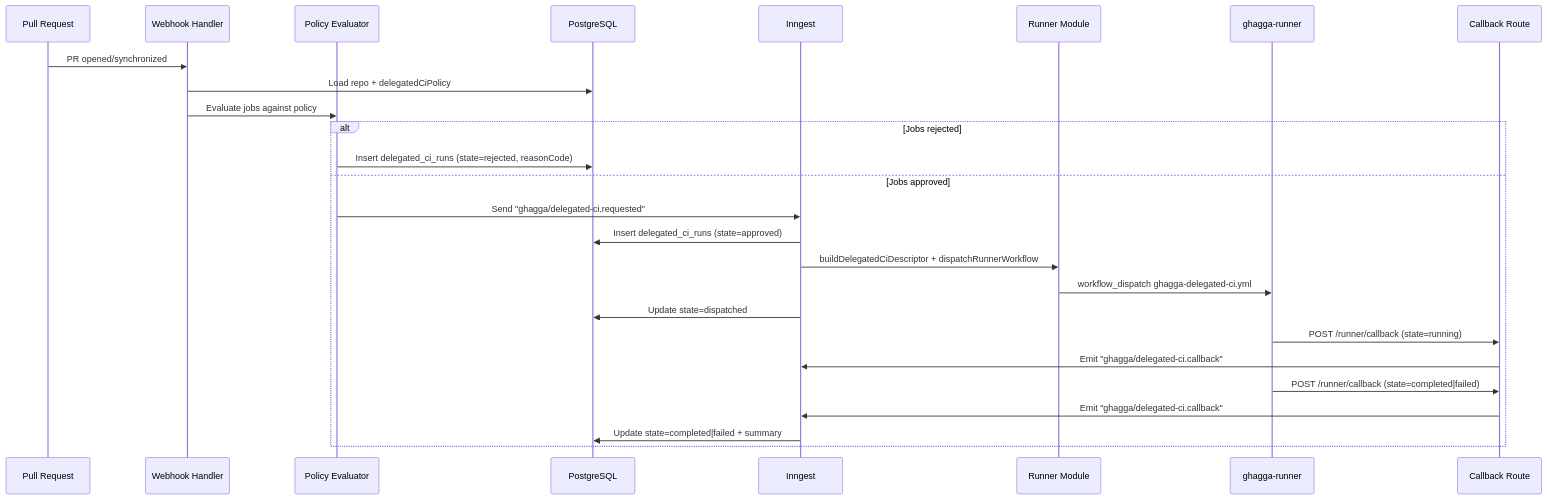
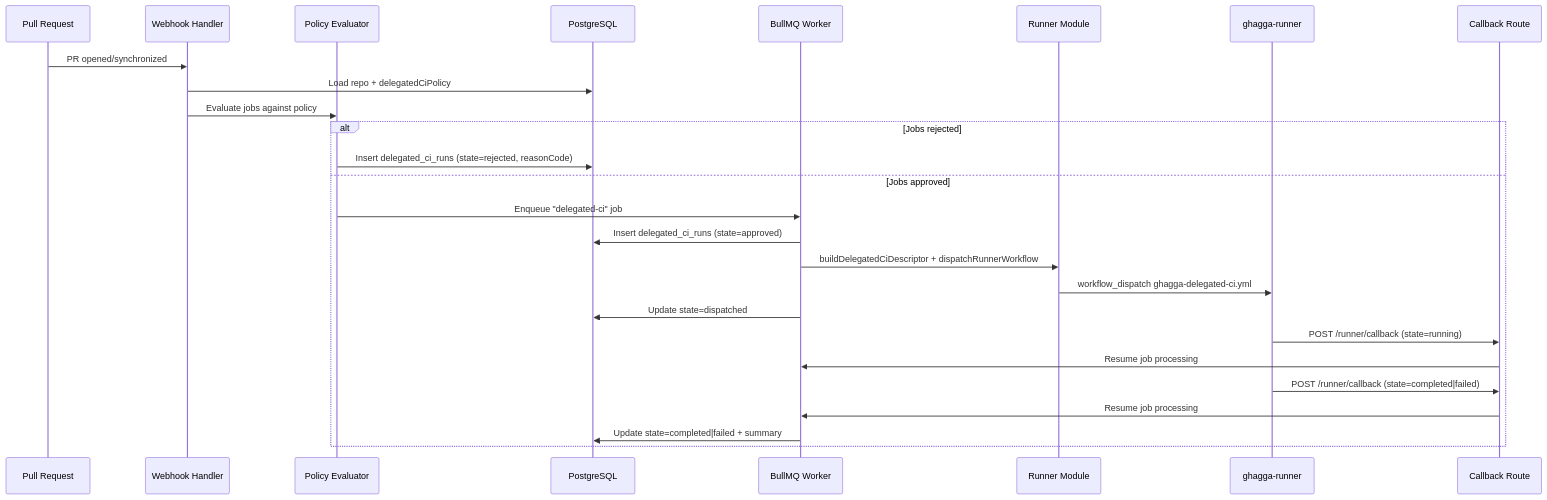
The second of 3 diagrams in docs/runner-architecture.md (JNZader/ghagga), drawn with Mermaid before and after one commit. The commit also changed other lines of this file and 26 other files, not shown here.

````diff
--- a/docs/runner-architecture.md
+++ b/docs/runner-architecture.md
@@ -163,30 +163,30 @@
 ```mermaid
 sequenceDiagram
     participant PR as Pull Request
     participant WH as Webhook Handler
     participant PE as Policy Evaluator
     participant DB as PostgreSQL
-    participant IG as Inngest
+    participant WK as BullMQ Worker
     participant RN as Runner Module
     participant GA as ghagga-runner
     participant CB as Callback Route
 
     PR->>WH: PR opened/synchronized
     WH->>DB: Load repo + delegatedCiPolicy
     WH->>PE: Evaluate jobs against policy
     
     alt Jobs rejected
         PE->>DB: Insert delegated_ci_runs (state=rejected, reasonCode)
     else Jobs approved
-        PE->>IG: Send "ghagga/delegated-ci.requested"
-        IG->>DB: Insert delegated_ci_runs (state=approved)
-        IG->>RN: buildDelegatedCiDescriptor + dispatchRunnerWorkflow
+        PE->>WK: Enqueue "delegated-ci" job
+        WK->>DB: Insert delegated_ci_runs (state=approved)
+        WK->>RN: buildDelegatedCiDescriptor + dispatchRunnerWorkflow
         RN->>GA: workflow_dispatch ghagga-delegated-ci.yml
-        IG->>DB: Update state=dispatched
+        WK->>DB: Update state=dispatched
         GA->>CB: POST /runner/callback (state=running)
-        CB->>IG: Emit "ghagga/delegated-ci.callback"
+        CB->>WK: Resume job processing
         GA->>CB: POST /runner/callback (state=completed|failed)
-        CB->>IG: Emit "ghagga/delegated-ci.callback"
-        IG->>DB: Update state=completed|failed + summary
+        CB->>WK: Resume job processing
+        WK->>DB: Update state=completed|failed + summary
     end
 ```
````
